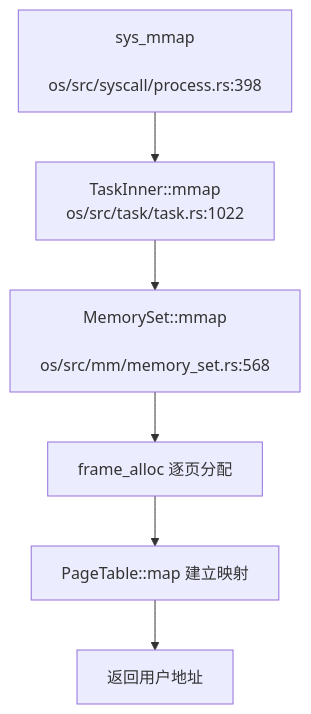
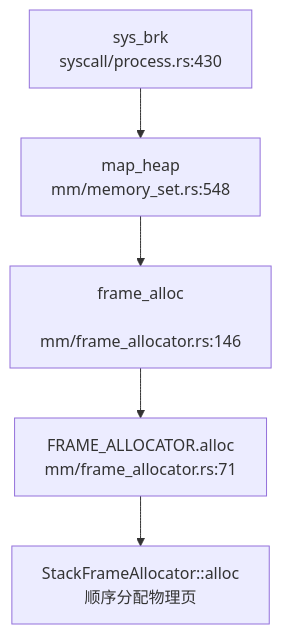
The second of 2 diagrams in output/oskernel2024-chaos/sections/03_内存管理物理虚拟分配器.md (Freefor100/OS-Agent), drawn with Mermaid before and after one commit. The commit also changed other lines of this file and 118 other files, not shown here.

````diff
--- a/output/oskernel2024-chaos/sections/03_内存管理物理虚拟分配器.md
+++ b/output/oskernel2024-chaos/sections/03_内存管理物理虚拟分配器.md
@@ -356,11 +300,12 @@
 ```mermaid
 graph TD
-  A["sys_mmap
-  os/src/syscall/process.rs:398"] --> B["TaskInner::mmap
-  os/src/task/task.rs:1022"]
-  B --> C["MemorySet::mmap
-  os/src/mm/memory_set.rs:568"]
-  C --> D["frame_alloc 逐页分配"]
-  D --> E["PageTable::map 建立映射"]
-  E --> F["返回用户地址"]
+    A["sys_brk
+ syscall/process.rs:430"] --> B["map_heap
+ mm/memory_set.rs:548"]
+    B --> C["frame_alloc
+ mm/frame_allocator.rs:146"]
+    C --> D["FRAME_ALLOCATOR.alloc
+ mm/frame_allocator.rs:71"]
+    D --> E["StackFrameAllocator::alloc
+ 顺序分配物理页"]
 ```
````
